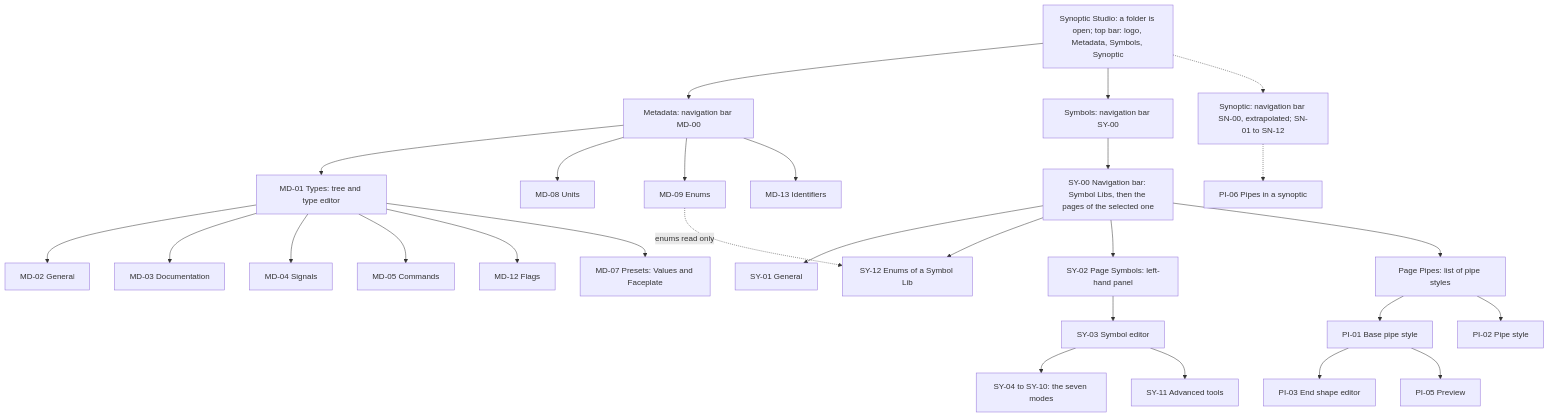
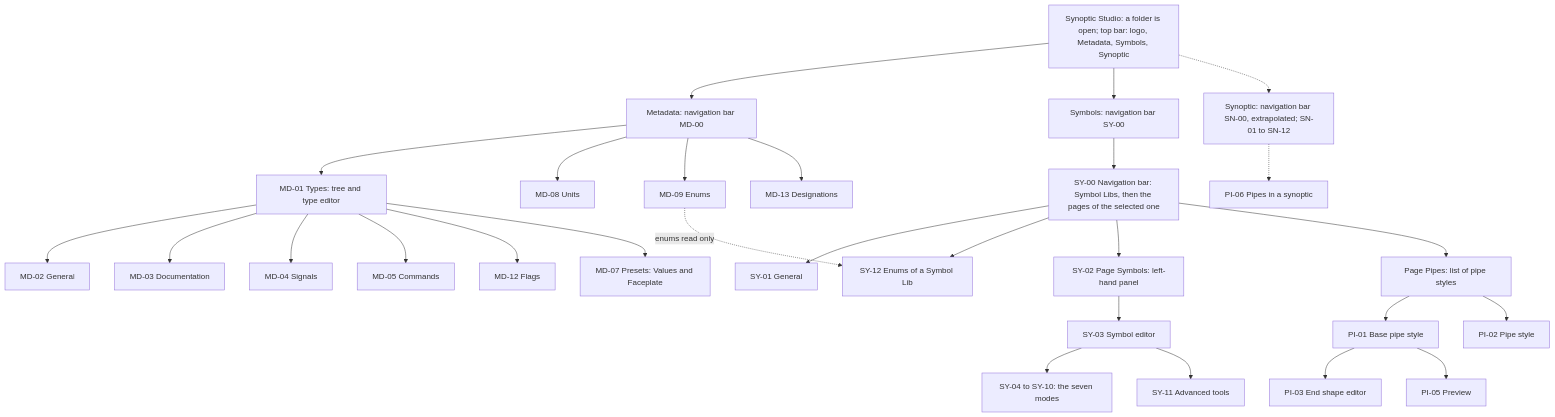
One commit to AlexandreGallais/synoptic-studio-spec changed the sixth of 6 diagrams in screens/README.md. Above: the diagram before and after it, drawn with Mermaid. The commit also changed other lines of this file and 19 other files, not shown here.

````diff
--- a/screens/README.md
+++ b/screens/README.md
@@ -198,32 +198,32 @@
 ```mermaid
 flowchart TD
     APP["Synoptic Studio: a folder is open; top bar: logo, Metadata, Symbols, Synoptic"] --> MD["Metadata: navigation bar MD-00"]
     APP --> SY["Symbols: navigation bar SY-00"]
     APP -.-> P3["Synoptic: navigation bar SN-00, extrapolated; SN-01 to SN-12"]
 
     MD --> MD01["MD-01 Types: tree and type editor"]
     MD01 --> MD02["MD-02 General"]
     MD01 --> MD03["MD-03 Documentation"]
     MD01 --> MD04["MD-04 Signals"]
     MD01 --> MD05["MD-05 Commands"]
     MD01 --> MD12["MD-12 Flags"]
     MD01 --> MD07["MD-07 Presets: Values and Faceplate"]
     MD --> MD08["MD-08 Units"]
     MD --> MD09["MD-09 Enums"]
-    MD --> MD13["MD-13 Identifiers"]
+    MD --> MD13["MD-13 Designations"]
 
     SY --> SY00["SY-00 Navigation bar: Symbol Libs, then the pages of the selected one"]
     SY00 --> SY01["SY-01 General"]
     SY00 --> SY12["SY-12 Enums of a Symbol Lib"]
     SY00 --> SY02["SY-02 Page Symbols: left-hand panel"]
     SY00 --> SYP["Page Pipes: list of pipe styles"]
     SY02 --> SY03["SY-03 Symbol editor"]
     SY03 --> SY04["SY-04 to SY-10: the seven modes"]
     SY03 --> SY11["SY-11 Advanced tools"]
     MD09 -.->|"enums read only"| SY12
     SYP --> PI01["PI-01 Base pipe style"]
     SYP --> PI02["PI-02 Pipe style"]
     PI01 --> PI03["PI-03 End shape editor"]
     PI01 --> PI05["PI-05 Preview"]
     P3 -.-> PI06["PI-06 Pipes in a synoptic"]
 ```
````
